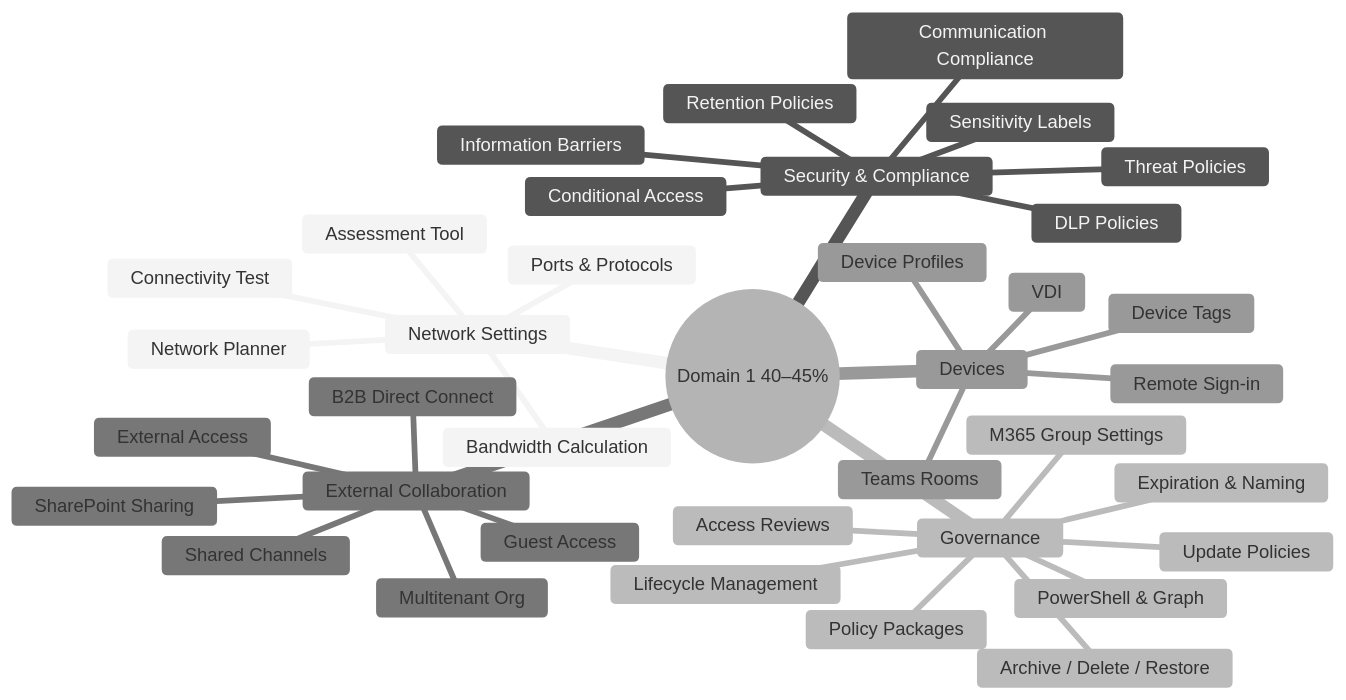
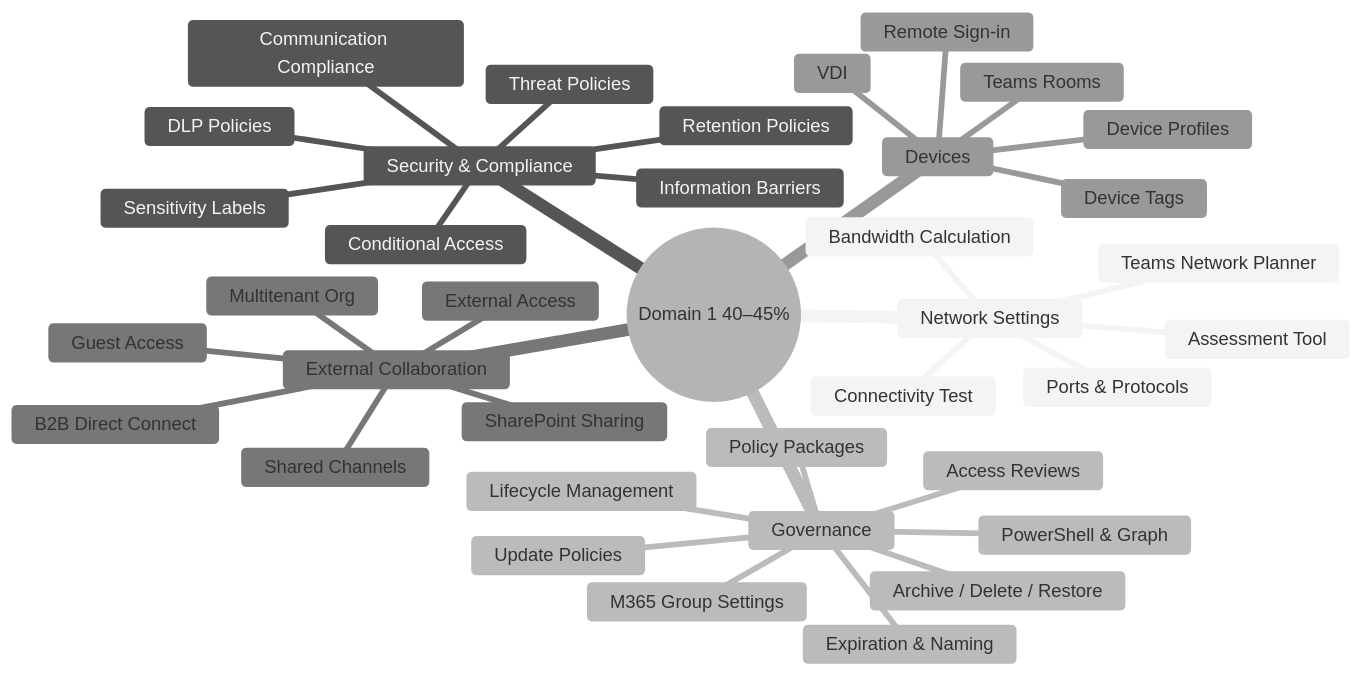
One commit to marcogrimaldi29/ms-700-study-notes changed the first of 4 diagrams in 01-configure-manage-environment.md. Above: the diagram before and after it, drawn with Mermaid (neutral theme). The commit also changed other lines of this file and 6 other files, not shown here.

````diff
--- a/01-configure-manage-environment.md
+++ b/01-configure-manage-environment.md
@@ -18,40 +18,40 @@
 ```mermaid
 mindmap
   root((Domain 1 40–45%))
     Network Settings
-      Network Planner
+      Teams Network Planner
       Bandwidth Calculation
       Ports & Protocols
       Assessment Tool
       Connectivity Test
     Security & Compliance
       Threat Policies
       Retention Policies
       Sensitivity Labels
       DLP Policies
       Conditional Access
       Information Barriers
       Communication Compliance
     Governance
       Lifecycle Management
       Update Policies
       Policy Packages
       M365 Group Settings
       Expiration & Naming
       Archive / Delete / Restore
       Access Reviews
       PowerShell & Graph
     External Collaboration
       External Access
       Guest Access
       SharePoint Sharing
       Shared Channels
       B2B Direct Connect
       Multitenant Org
     Devices
       Teams Rooms
       Device Profiles
       Device Tags
       Remote Sign-in
       VDI
 ```
````
